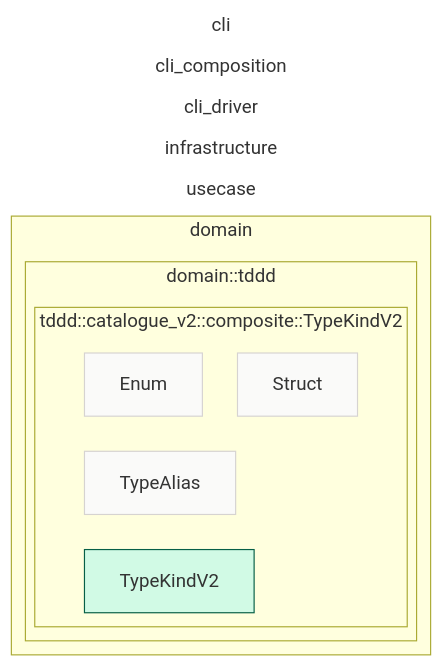
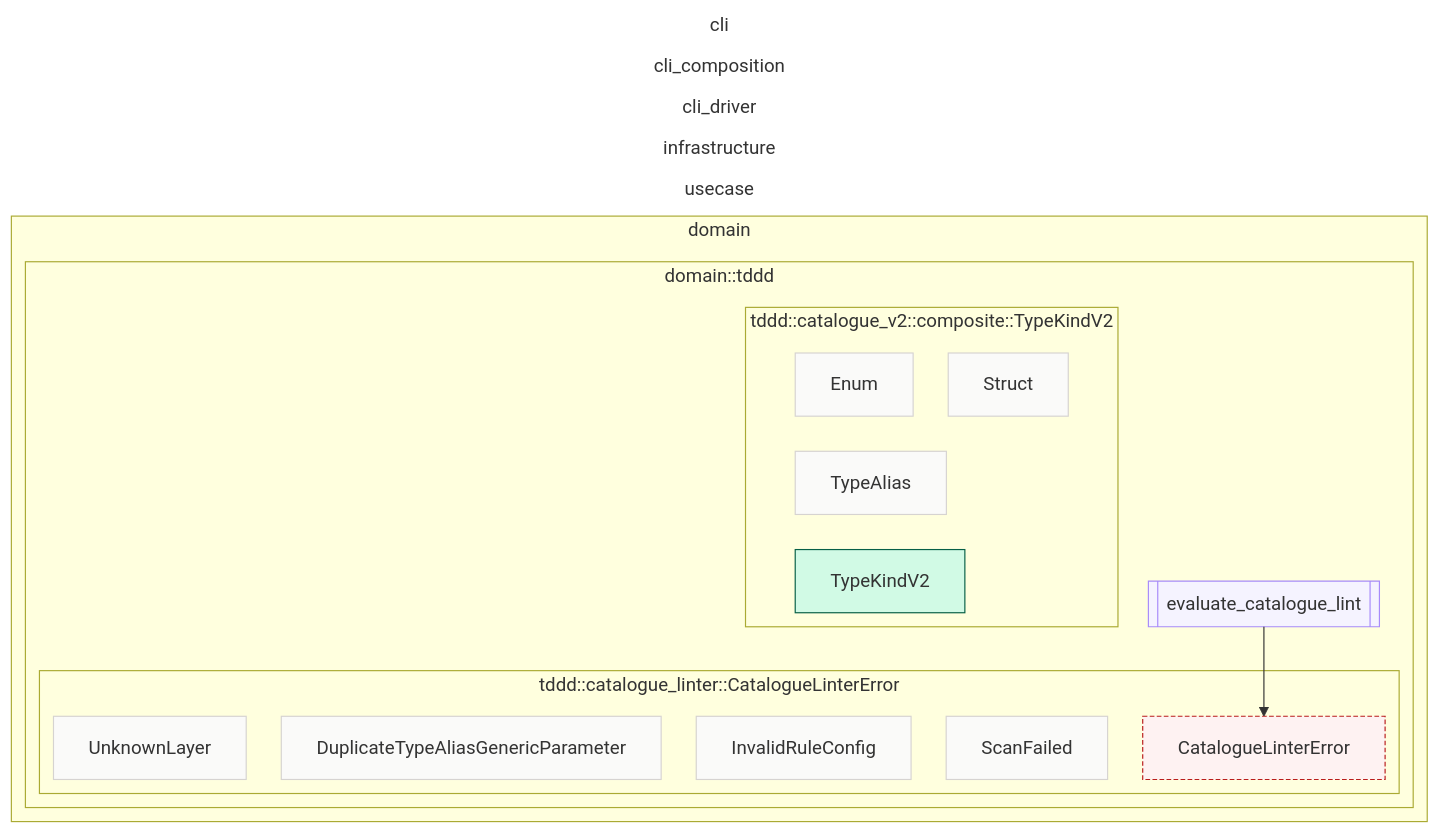
The diagram in track/items/2026-08-02-tddd-catalogue-generic-type-aliases/contract-map.md (Flip451/SoTOHE-core), drawn with Mermaid before and after one commit. The commit also changed 31 other files, not shown here.

Commit message:
feat(tddd): support generic type alias catalogue declarations

````diff
--- a/track/items/2026-08-02-tddd-catalogue-generic-type-aliases/contract-map.md
+++ b/track/items/2026-08-02-tddd-catalogue-generic-type-aliases/contract-map.md
@@ -36,6 +36,14 @@
   direction TB
   subgraph domain_domain_module_tddd["domain::tddd"]
     direction TB
+  subgraph T34_domain_domain_CatalogueLinterError["tddd::catalogue_linter::CatalogueLinterError"]
+    direction TB
+    T34_domain_domain_CatalogueLinterError__self[CatalogueLinterError]
+    T34_domain_domain_CatalogueLinterError_DuplicateTypeAliasGenericParameter[DuplicateTypeAliasGenericParameter]
+    T34_domain_domain_CatalogueLinterError_InvalidRuleConfig[InvalidRuleConfig]
+    T34_domain_domain_CatalogueLinterError_UnknownLayer[UnknownLayer]
+    T34_domain_domain_CatalogueLinterError_ScanFailed[ScanFailed]
+  end
   subgraph T24_domain_domain_TypeKindV2["tddd::catalogue_v2::composite::TypeKindV2"]
     direction TB
     T24_domain_domain_TypeKindV2__self[TypeKindV2]
@@ -43,6 +51,7 @@
     T24_domain_domain_TypeKindV2_Enum[Enum]
     T24_domain_domain_TypeKindV2_TypeAlias[TypeAlias]
   end
+  F69_domain_domain_domain__tddd__catalogue_linter__evaluate_catalogue_lint[[evaluate_catalogue_lint]]
   end
 end
 subgraph usecase["usecase"]
@@ -60,8 +69,16 @@
 subgraph cli["cli"]
   direction TB
 end
+F69_domain_domain_domain__tddd__catalogue_linter__evaluate_catalogue_lint --> T34_domain_domain_CatalogueLinterError__self
+class T34_domain_domain_CatalogueLinterError_DuplicateTypeAliasGenericParameter variant_node
+class T34_domain_domain_CatalogueLinterError_InvalidRuleConfig variant_node
+class T34_domain_domain_CatalogueLinterError_UnknownLayer variant_node
+class T34_domain_domain_CatalogueLinterError_ScanFailed variant_node
+class T34_domain_domain_CatalogueLinterError__self error_type
 class T24_domain_domain_TypeKindV2_Struct variant_node
 class T24_domain_domain_TypeKindV2_Enum variant_node
 class T24_domain_domain_TypeKindV2_TypeAlias variant_node
 class T24_domain_domain_TypeKindV2__self value_object
+class F69_domain_domain_domain__tddd__catalogue_linter__evaluate_catalogue_lint free_function
+class F69_domain_domain_domain__tddd__catalogue_linter__evaluate_catalogue_lint function_node
 ```
````
